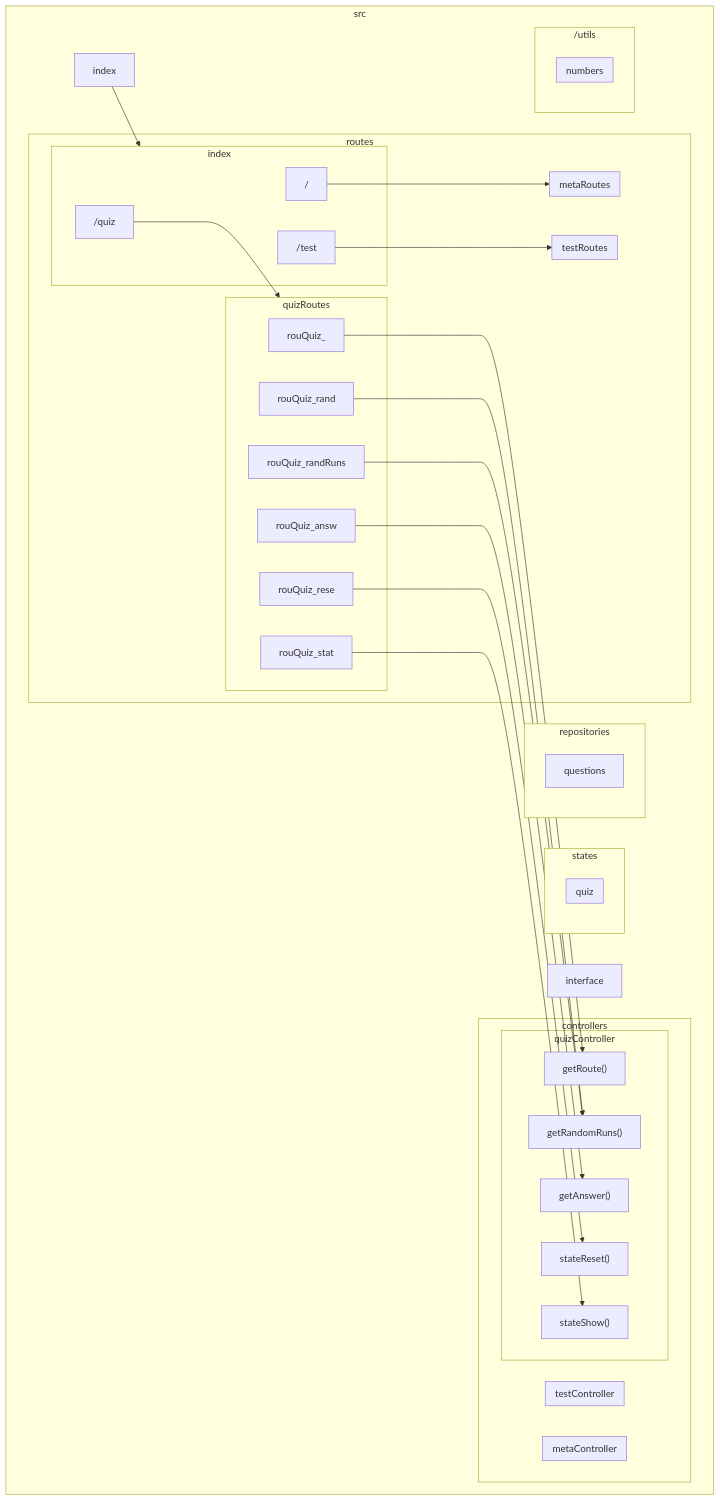
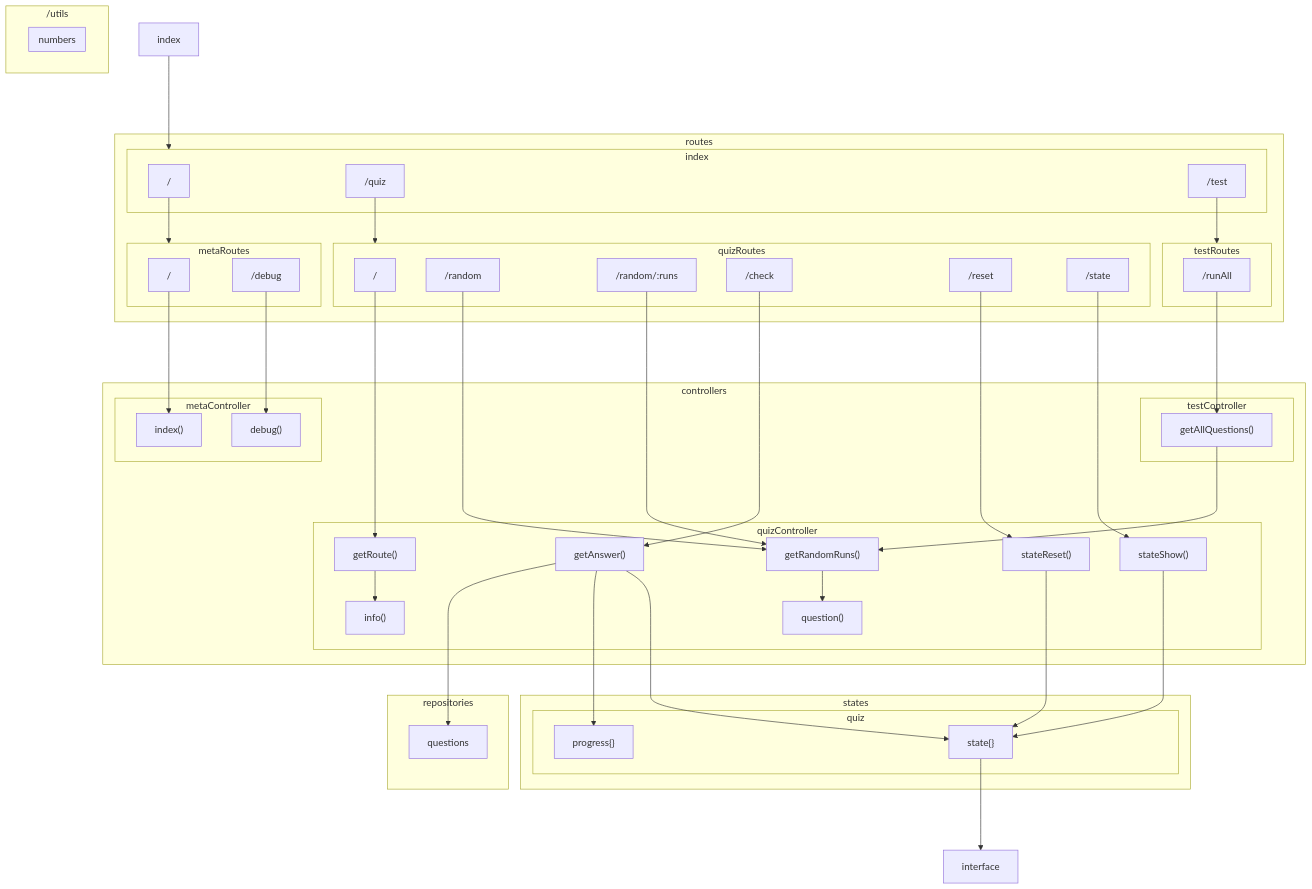
The diagram in docs/flow.md (JasonWarrenUK/AI-Learning-Tool), drawn with Mermaid before and after one commit. The commit also changed 1 other file, not shown here.

Commit message:
flow.md is up to date

````diff
--- a/docs/flow.md
+++ b/docs/flow.md
@@ -5,71 +5,94 @@
 ```mermaid
 graph TD
-subgraph src["src"]
-    _ind["index"]
-    _int["interface"]
+_indx["index"]
+_inte["interface"]
 
-    subgraph rou["routes"]
-        subgraph rouInd["index"]
-            rouInd_["/"]
-            rouInd_quiz["/quiz"]
-            rouInd_test["/test"]
-        end
-
-        subgraph rouMeta["metaRoutes"]
-        end
-
-        subgraph rouQuiz["quizRoutes"]
-            rouQuiz_
-            rouQuiz_rand
-            rouQuiz_randRuns
-            rouQuiz_answ
-            rouQuiz_rese
-            rouQuiz_stat
-        end
-
-        subgraph rouTest["testRoutes"]
-        end
+subgraph rou["routes"]
+    subgraph rouInd["index"]
+        rouIndx_0000["/"]
+        rouIndx_quiz["/quiz"]
+        rouIndx_test["/test"]
     end
 
-    subgraph con["controllers"]
-        subgraph conMeta["metaController"]
-        end
-
-        subgraph conQuiz["quizController"]
-            conQuiz_getRoute["getRoute()"]
-            conQuiz_getRandomRuns["getRandomRuns()"]
-            conQuiz_getAnswer["getAnswer()"]
-            conQuiz_stateReset["stateReset()"]
-            conQuiz_stateShow["stateShow()"]
-        end
-
-        subgraph conTest["testController"]
-        end
+    subgraph rouMeta["metaRoutes"]
+        rouMeta_0000["/"]
+        rouMeta_debu["/debug"]
     end
 
-    subgraph sta["states"]
-        subgraph staQuiz["quiz"]
-        end
+    subgraph rouQuiz["quizRoutes"]
+        rouQuiz_0000["/"]
+        rouQuiz_rand["/random"]
+        rouQuiz_runs["/random/:runs"]
+        rouQuiz_answ["/check"]
+        rouQuiz_rese["/reset"]
+        rouQuiz_stat["/state"]
     end
 
-    subgraph rep["repositories"]
-        repQ["questions"]
-    end
-
-    subgraph uti["/utils"]
-        subgraph utiNum["numbers"]
-        end
+    subgraph rouTest["testRoutes"]
+        rouTest_rAll["/runAll"]
     end
 end
 
-_ind ---> rouInd
-rouInd_ ---> rouMeta
-rouInd_quiz ---> rouQuiz
-rouInd_test ---> rouTest
-rouQuiz_ ---> conQuiz_getRoute
-rouQuiz_rand ---> conQuiz_getRandomRuns
-rouQuiz_randRuns ---> conQuiz_getRandomRuns
-rouQuiz_answ ---> conQuiz_getAnswer
-rouQuiz_rese ---> conQuiz_stateReset
-rouQuiz_stat ---> conQuiz_stateShow
+subgraph con["controllers"]
+    subgraph conMeta["metaController"]
+        conMeta_indx["index()"]
+        conMeta_debu["debug()"]
+    end
+
+    subgraph conQuiz["quizController"]
+        conQuiz_gRou["getRoute()"]
+        conQuiz_gRun["getRandomRuns()"]
+        conQuiz_gAns["getAnswer()"]
+        conQuiz_sRes["stateReset()"]
+        conQuiz_sSho["stateShow()"]
+        conQuiz_info["info()"]
+        conQuiz_ques["question()"]
+    end
+
+    subgraph conTest["testController"]
+        conTest_gAll["getAllQuestions()"]
+    end
+end
+
+subgraph sta["states"]
+    subgraph staQuiz["quiz"]
+        staQuiz_stat["state{}"]
+        staQuiz_prog["progress{}"]
+    end
+end
+
+subgraph rep["repositories"]
+    repQuiz["questions"]
+end
+
+subgraph uti["/utils"]
+    subgraph utiNum["numbers"]
+    end
+end
+
+_indx ---> rouInd
+
+rouIndx_0000 --> rouMeta
+rouIndx_quiz --> rouQuiz
+rouIndx_test --> rouTest
+
+rouMeta_0000 ---> conMeta_indx
+rouMeta_debu ---> conMeta_debu
+
+rouQuiz_rese ---> conQuiz_sRes
+rouQuiz_stat ---> conQuiz_sSho
+rouQuiz_0000 ---> conQuiz_gRou
+rouQuiz_rand & rouQuiz_runs ---> conQuiz_gRun
+rouQuiz_answ ---> conQuiz_gAns
+
+rouTest_rAll ---> conTest_gAll
+
+conQuiz_sSho & conQuiz_sRes ---> staQuiz_stat
+conQuiz_gRou --> conQuiz_info
+conQuiz_gRun --> conQuiz_ques
+conQuiz_gAns ---> staQuiz_stat & staQuiz_prog & repQuiz
+
+conTest_gAll ---> conQuiz_gRun
+
+staQuiz_stat ---> _inte
 ```
````
